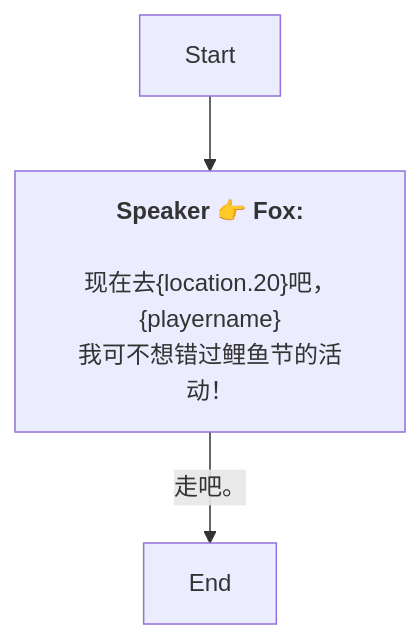
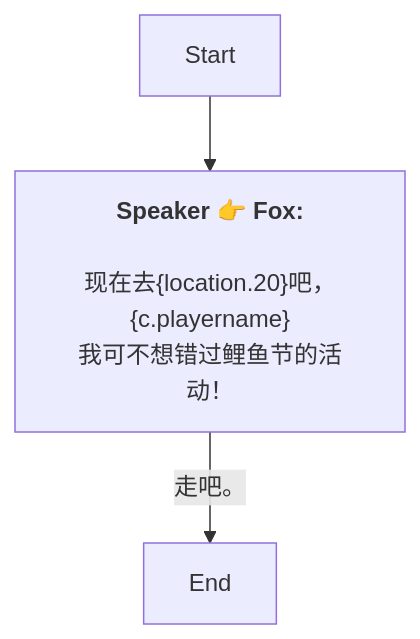
Before and after one commit to SoftHu/tos_avg: the diagram in Zh/QuestStartTalkENode_1751268604084548.md, drawn with Mermaid. The commit also changed 410 other files, not shown here.

````diff
--- a/Zh/QuestStartTalkENode_1751268604084548.md
+++ b/Zh/QuestStartTalkENode_1751268604084548.md
@@ -1,8 +1,8 @@
 ```mermaid
 graph
 Start -->1751269141410120[<b>Speaker 👉 Fox:</b>
-\n现在去&lbrace;location.20&rbrace;吧，&lbrace;playername&rbrace;
+\n现在去&lbrace;location.20&rbrace;吧，&lbrace;c.playername&rbrace;
 我可不想错过鲤鱼节的活动！]
 1751269141410120 -->|走吧。|1751269208186190[End]
 
 ```
````
